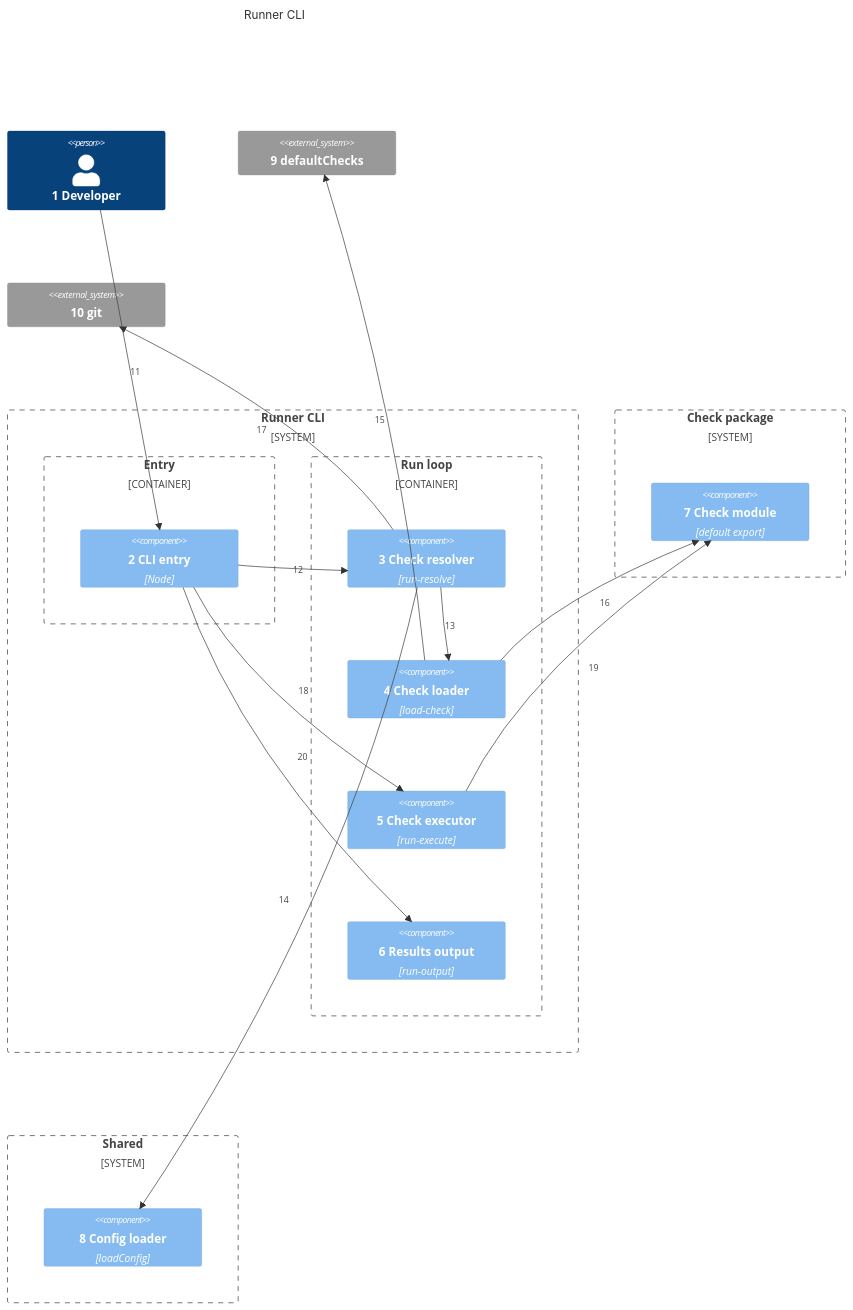
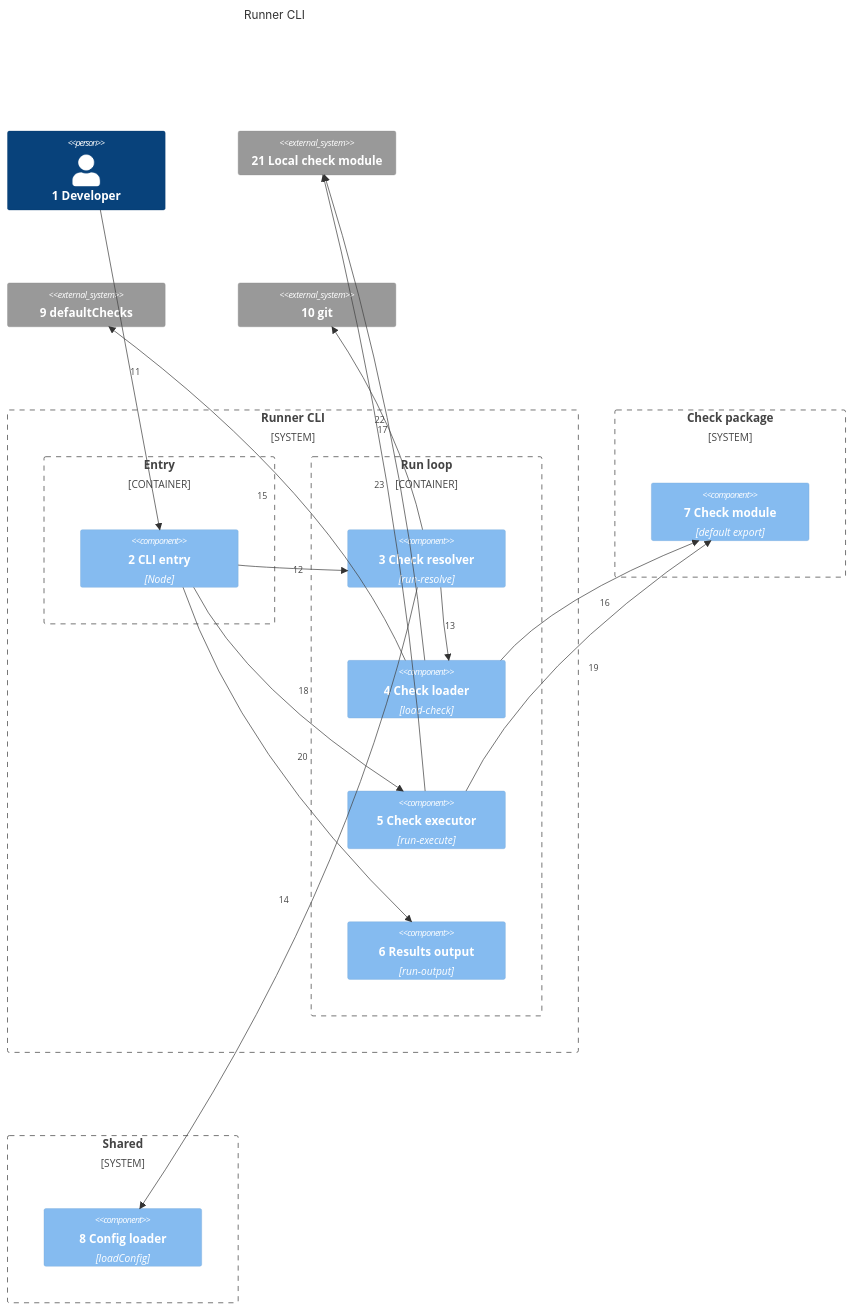
Before and after one commit to may-journal/fitness-runner: the first of 2 diagrams in architecture/03-components.md, drawn with Mermaid. The commit also changed other lines of this file and 21 other files, not shown here.

First line of the commit message:
docs(architecture): document local check paths in .fitnessrc (issue #23)

````diff
--- a/architecture/03-components.md
+++ b/architecture/03-components.md
@@ -7,40 +7,43 @@
 ```mermaid
 C4Component
     title Runner CLI
 
     Person(developer, "1 Developer")
 
     System_Boundary(cli, "Runner CLI") {
         Container_Boundary(entry, "Entry") {
             Component(main, "2 CLI entry", "Node")
         }
         Container_Boundary(runner, "Run loop") {
             Component(resolve, "3 Check resolver", "run-resolve")
             Component(loader, "4 Check loader", "load-check")
             Component(execute, "5 Check executor", "run-execute")
             Component(output, "6 Results output", "run-output")
         }
     }
 
     System_Boundary(checks, "Check package") {
         Component(check, "7 Check module", "default export")
     }
 
     System_Boundary(shared, "Shared") {
         Component(config, "8 Config loader", "loadConfig")
     }
 
+    System_Ext(localCheck, "21 Local check module")
     System_Ext(bundle, "9 defaultChecks")
     System_Ext(git, "10 git")
 
     Rel(developer, main, "11")
     Rel(main, resolve, "12")
     Rel(resolve, loader, "13")
     Rel(resolve, config, "14")
     Rel(loader, bundle, "15")
     Rel(loader, check, "16")
+    Rel(loader, localCheck, "22")
     Rel(resolve, git, "17")
     Rel(main, execute, "18")
     Rel(execute, check, "19")
+    Rel(execute, localCheck, "23")
     Rel(main, output, "20")
 ```
````
